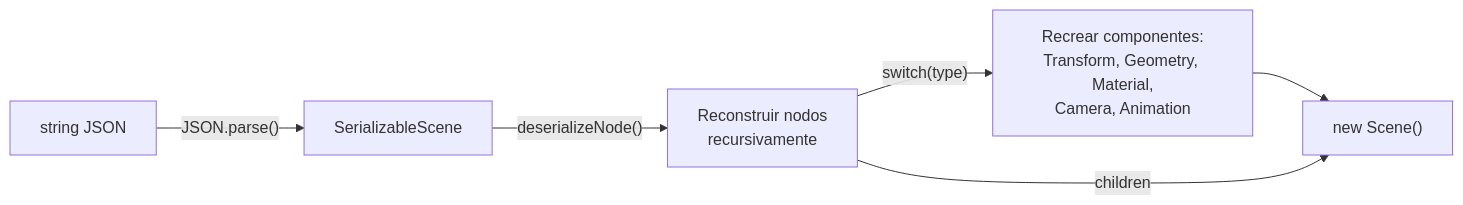
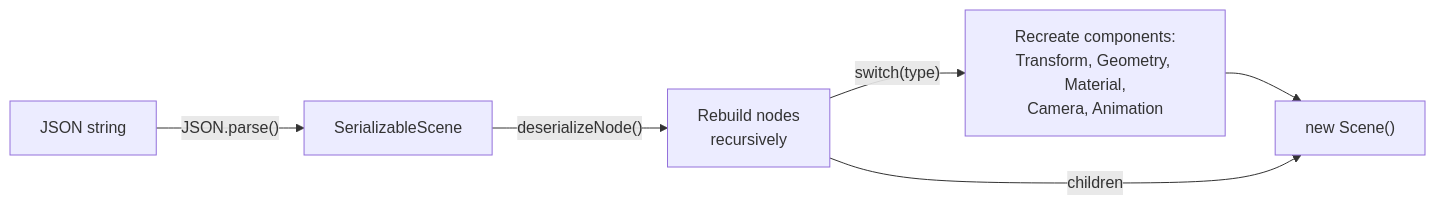
The second of 3 diagrams in apps/web/src/content/docs/serialization.md (joshuacba08/oroya-animate), drawn with Mermaid before and after one commit. The commit also changed other lines of this file and 15 other files, not shown here.

````diff
--- a/apps/web/src/content/docs/serialization.md
+++ b/apps/web/src/content/docs/serialization.md
@@ -81,8 +82,8 @@
 ```mermaid
 flowchart LR
-    STR["string JSON"] -->|"JSON.parse()"| OBJ["SerializableScene"]
-    OBJ -->|"deserializeNode()"| RN["Reconstruir nodos\nrecursivamente"]
-    RN -->|"switch(type)"| COMP["Recrear componentes:\nTransform, Geometry, Material,\nCamera, Animation"]
+    STR["JSON string"] -->|"JSON.parse()"| OBJ["SerializableScene"]
+    OBJ -->|"deserializeNode()"| RN["Rebuild nodes\nrecursively"]
+    RN -->|"switch(type)"| COMP["Recreate components:\nTransform, Geometry, Material,\nCamera, Animation"]
     COMP --> SCENE["new Scene()"]
     RN -->|"children"| SCENE
 ```
````
